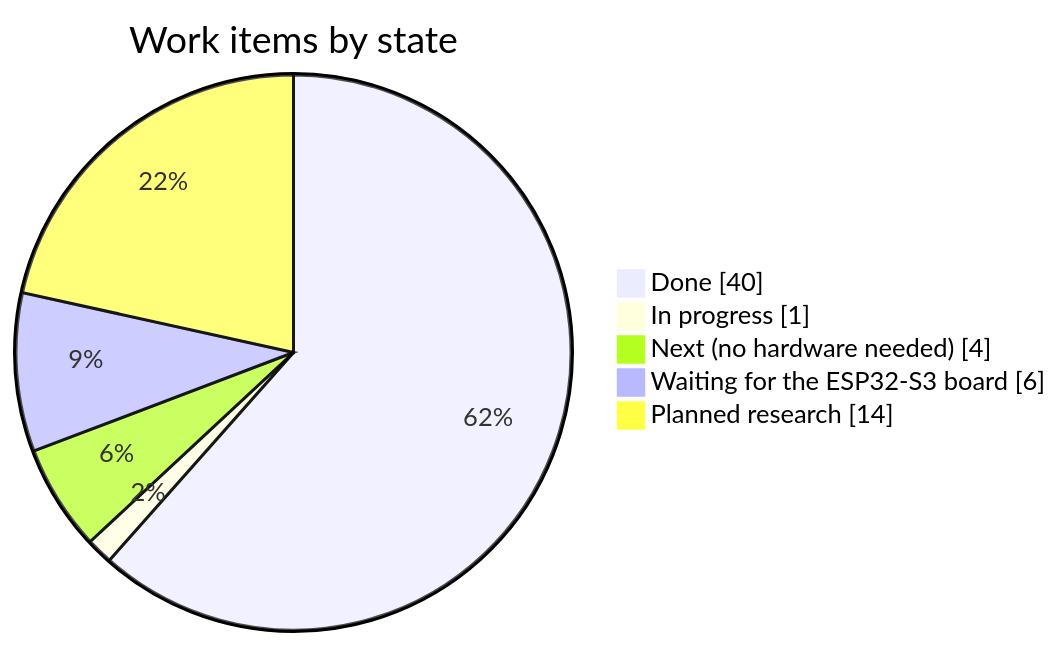
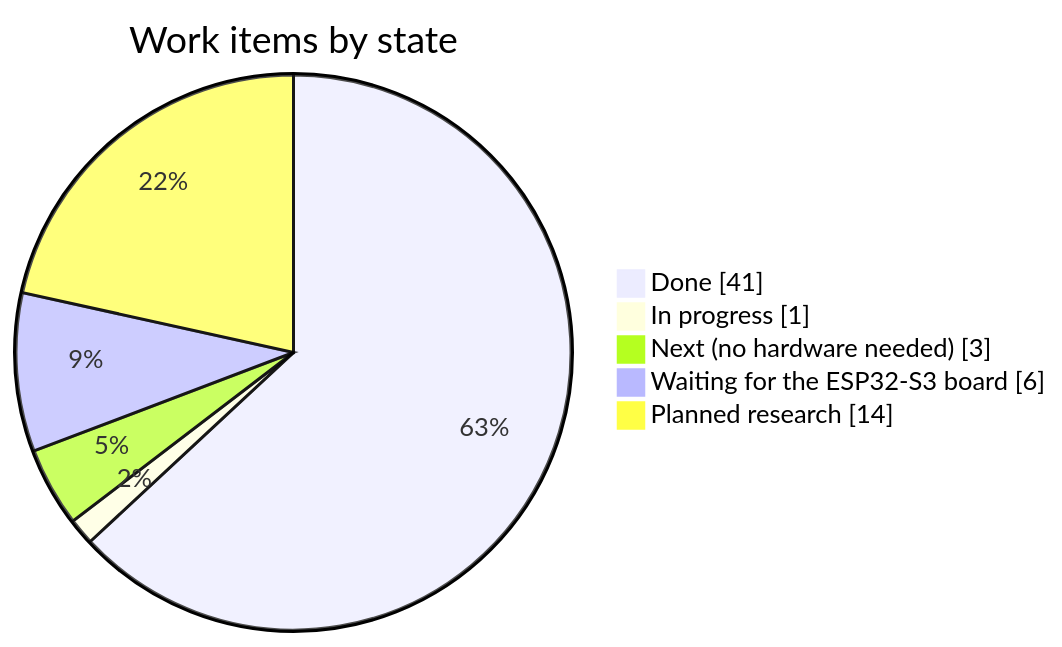
The first of 3 diagrams in plan.md (marcelpetrick/ESP32-Tiny-LLM), drawn with Mermaid before and after one commit. The commit also changed other lines of this file and 3 other files, not shown here.

````diff
--- a/plan.md
+++ b/plan.md
@@ -14,9 +14,9 @@
 ```mermaid
 pie showData
     title Work items by state
-    "Done" : 40
+    "Done" : 41
     "In progress" : 1
-    "Next (no hardware needed)" : 4
+    "Next (no hardware needed)" : 3
     "Waiting for the ESP32-S3 board" : 6
     "Planned research" : 14
 ```
````
